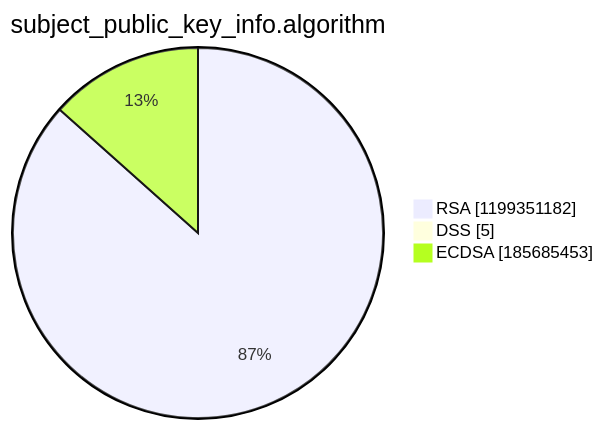
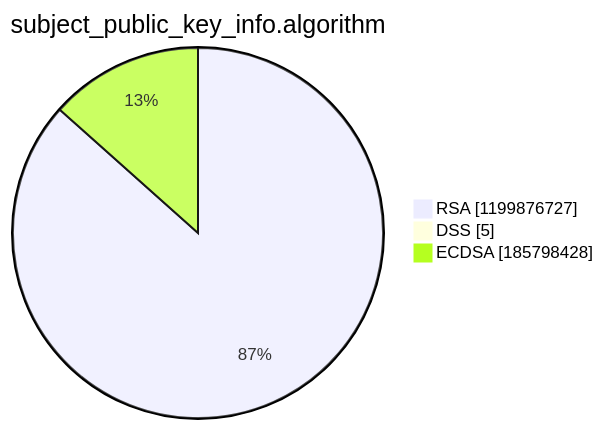
Before and after one commit to christiankrug/ctmonitor_visualization: the third of 15 diagrams in argon2022/README.md, drawn with Mermaid. The commit also changed other lines of this file, not shown here.

````diff
--- a/argon2022/README.md
+++ b/argon2022/README.md
@@ -14,7 +14,7 @@
 ```mermaid
 pie showData
 title subject_public_key_info.algorithm
-"RSA" :1199351182
+"RSA" :1199876727
 "DSS" :5
-"ECDSA" :185685453
+"ECDSA" :185798428
 ```
````
